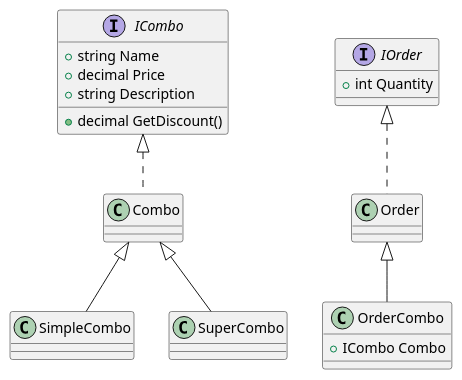
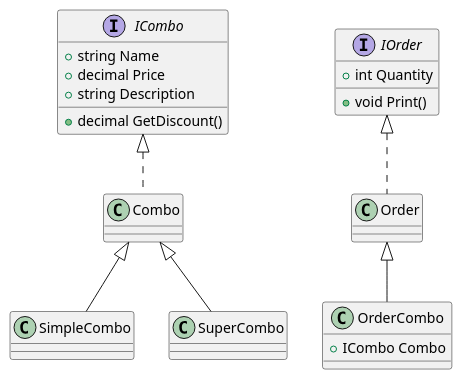
Before and after one commit to devsinsight/bridge-pattern: the diagram in diagram.wsd, drawn with PlantUML. The commit also changed 5 other files, not shown here.

Commit message:
diagrams added

```diff
--- a/diagram.wsd
+++ b/diagram.wsd
@@ -1,22 +1,25 @@
 @startuml
 interface ICombo {
     + string Name
     + decimal Price
     + string Description
+    
     + decimal GetDiscount()
 }
 
 interface IOrder {
     + int Quantity
+
+    + void Print()
 }
 
 class OrderCombo extends Order {
     + ICombo Combo
 }
 
 ICombo <|.. Combo
 IOrder <|.. Order
 Combo <|-- SimpleCombo
 Combo <|-- SuperCombo
 
 @enduml
```
